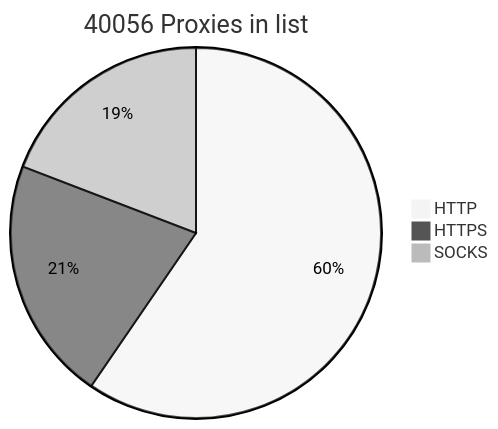
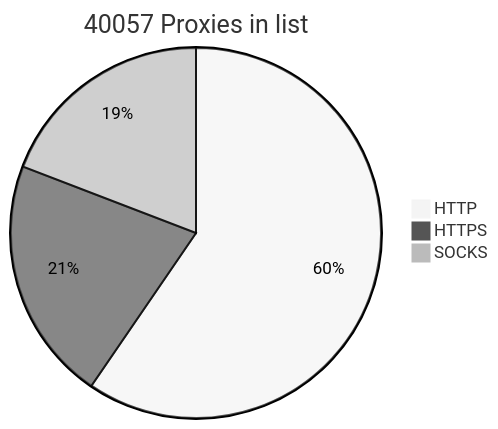
Before and after one commit to BlackSnowDot/proxylist-update-every-minute: the diagram in README.md, drawn with Mermaid (neutral theme).

````diff
--- a/README.md
+++ b/README.md
@@ -2,6 +2,6 @@
 ```mermaid
-pie title 40056 Proxies in list
+pie title 40057 Proxies in list
     "HTTP" : 27828
     "HTTPS": 9943
-    "SOCKS" : 8956
+    "SOCKS" : 8957
 ```
````
